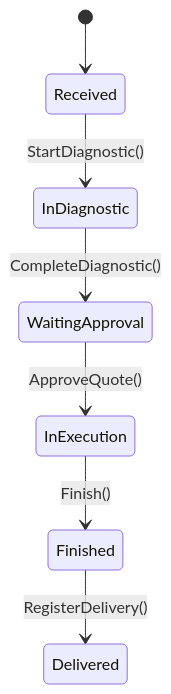
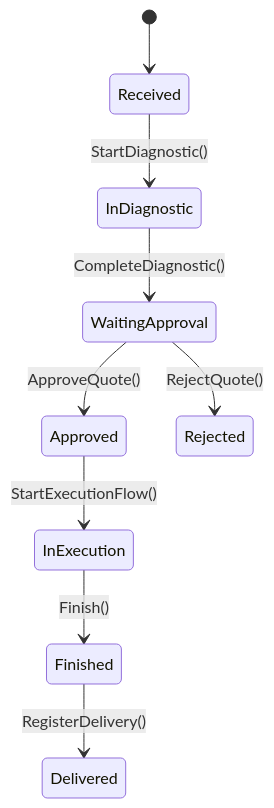
One commit to marcossilvajnr/GarageFlow changed the diagram in docs/specs/V1/aggregates/service-order.md. Above: the diagram before and after it, drawn with Mermaid. The commit also changed other lines of this file and 22 other files, not shown here.

````diff
--- a/docs/specs/V1/aggregates/service-order.md
+++ b/docs/specs/V1/aggregates/service-order.md
@@ -82,9 +82,11 @@
 ```mermaid
 stateDiagram-v2
     [*] --> Received
     Received --> InDiagnostic : StartDiagnostic()
     InDiagnostic --> WaitingApproval : CompleteDiagnostic()
-    WaitingApproval --> InExecution : ApproveQuote()
+    WaitingApproval --> Approved : ApproveQuote()
+    WaitingApproval --> Rejected : RejectQuote()
+    Approved --> InExecution : StartExecutionFlow()
     InExecution --> Finished : Finish()
     Finished --> Delivered : RegisterDelivery()
 ```
````
